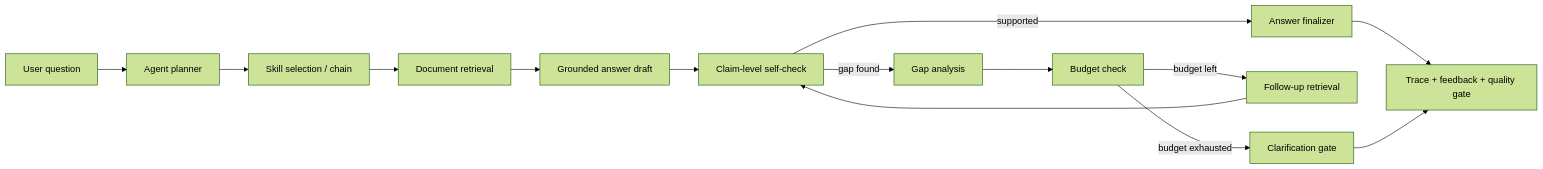
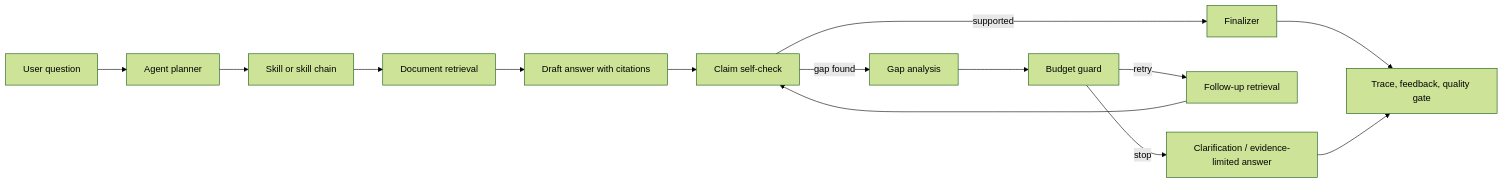
One commit to luc1ferxx/Luc1ferxx_Archive_RAG changed the diagram in README.md. Above: the diagram before and after it, drawn with Mermaid (forest theme). The commit also changed other lines of this file and 4 other files, not shown here.

````diff
--- a/README.md
+++ b/README.md
@@ -54,16 +49,16 @@
 ```mermaid
 flowchart LR
-  Q["User question"] --> P["Agent planner"]
-  P --> S["Skill selection / chain"]
+  U["User question"] --> P["Agent planner"]
+  P --> S["Skill or skill chain"]
   S --> R["Document retrieval"]
-  R --> A["Grounded answer draft"]
-  A --> C["Claim-level self-check"]
-  C -->|supported| F["Answer finalizer"]
+  R --> D["Draft answer with citations"]
+  D --> C["Claim self-check"]
+  C -->|supported| F["Finalizer"]
   C -->|gap found| G["Gap analysis"]
-  G --> B["Budget check"]
-  B -->|budget left| FR["Follow-up retrieval"]
-  FR --> C
-  B -->|budget exhausted| CL["Clarification gate"]
-  F --> T["Trace + feedback + quality gate"]
-  CL --> T
+  G --> B["Budget guard"]
+  B -->|retry| R2["Follow-up retrieval"]
+  R2 --> C
+  B -->|stop| Q["Clarification / evidence-limited answer"]
+  F --> T["Trace, feedback, quality gate"]
+  Q --> T
 ```
````
